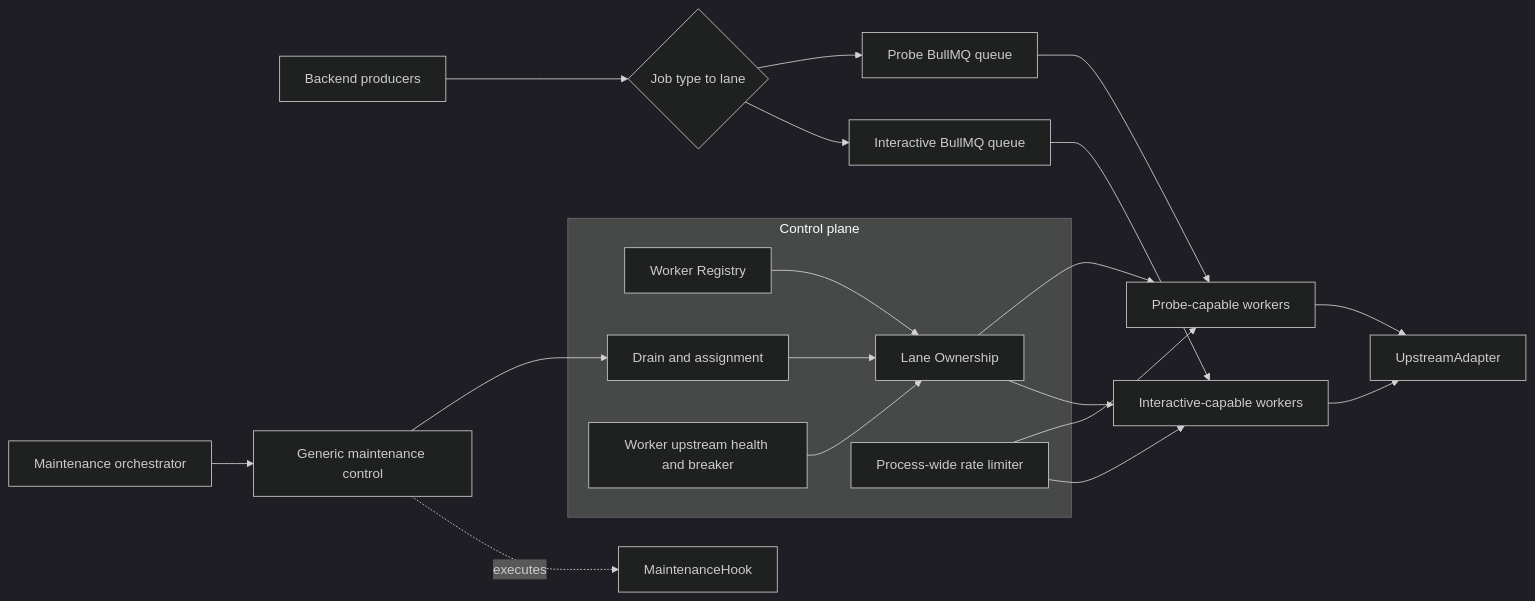
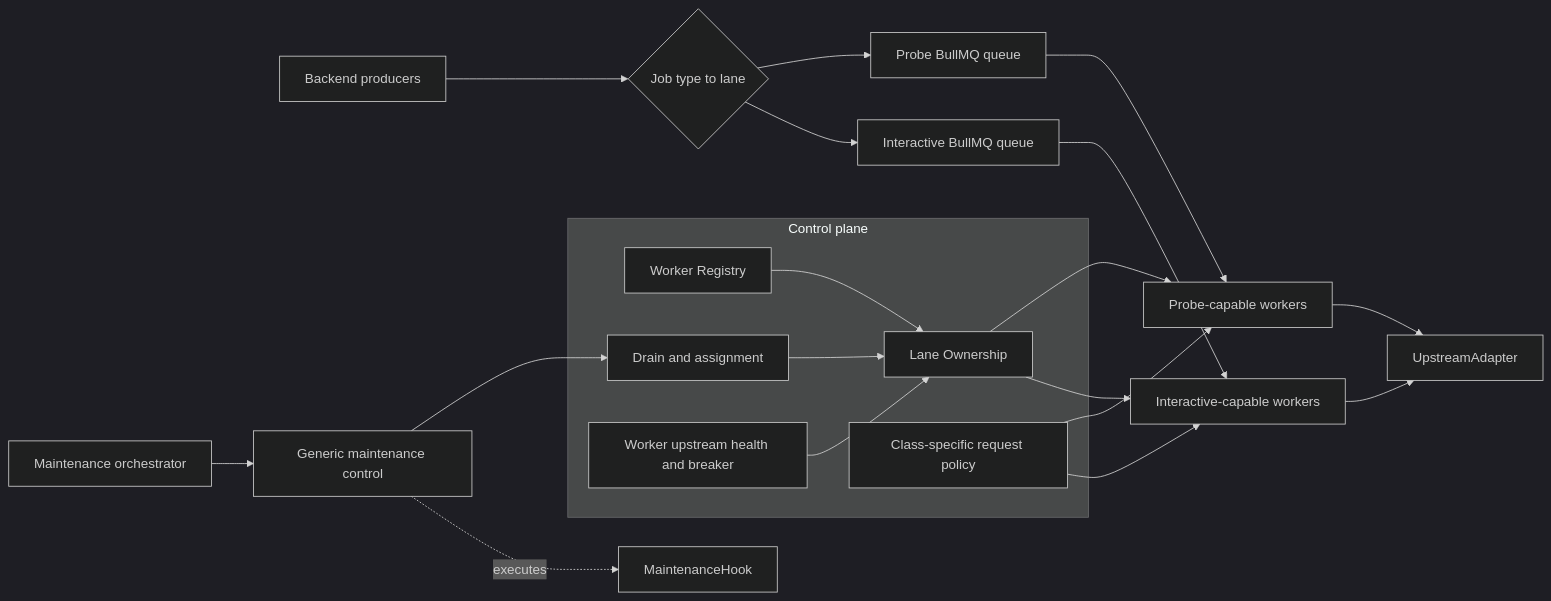
The diagram in docs/specs/sdgb-worker/multi-node-failover/01-architecture.md (bakapiano/maimai-score-hub), drawn with Mermaid (dark theme) before and after one commit. The commit also changed other lines of this file and 7 other files, not shown here.

````diff
--- a/docs/specs/sdgb-worker/multi-node-failover/01-architecture.md
+++ b/docs/specs/sdgb-worker/multi-node-failover/01-architecture.md
@@ -7,31 +7,31 @@
 ```mermaid
 flowchart LR
     P[Backend producers] --> R{Job type to lane}
     R --> QP[Probe BullMQ queue]
     R --> QI[Interactive BullMQ queue]
 
     subgraph C[Control plane]
       WR[Worker Registry]
       LO[Lane Ownership]
       DR[Drain and assignment]
       CB[Worker upstream health and breaker]
-      RL[Process-wide rate limiter]
+      RL[Class-specific request policy]
     end
 
     MH[Maintenance orchestrator] --> CP[Generic maintenance control]
     CP --> DR
     CP -. executes .-> HK[MaintenanceHook]
 
     QP --> WP[Probe-capable workers]
     QI --> WI[Interactive-capable workers]
     WR --> LO
     DR --> LO
     CB --> LO
     LO --> WP
     LO --> WI
     RL --> WP
     RL --> WI
 
     WP --> UA[UpstreamAdapter]
     WI --> UA
 ```
````
